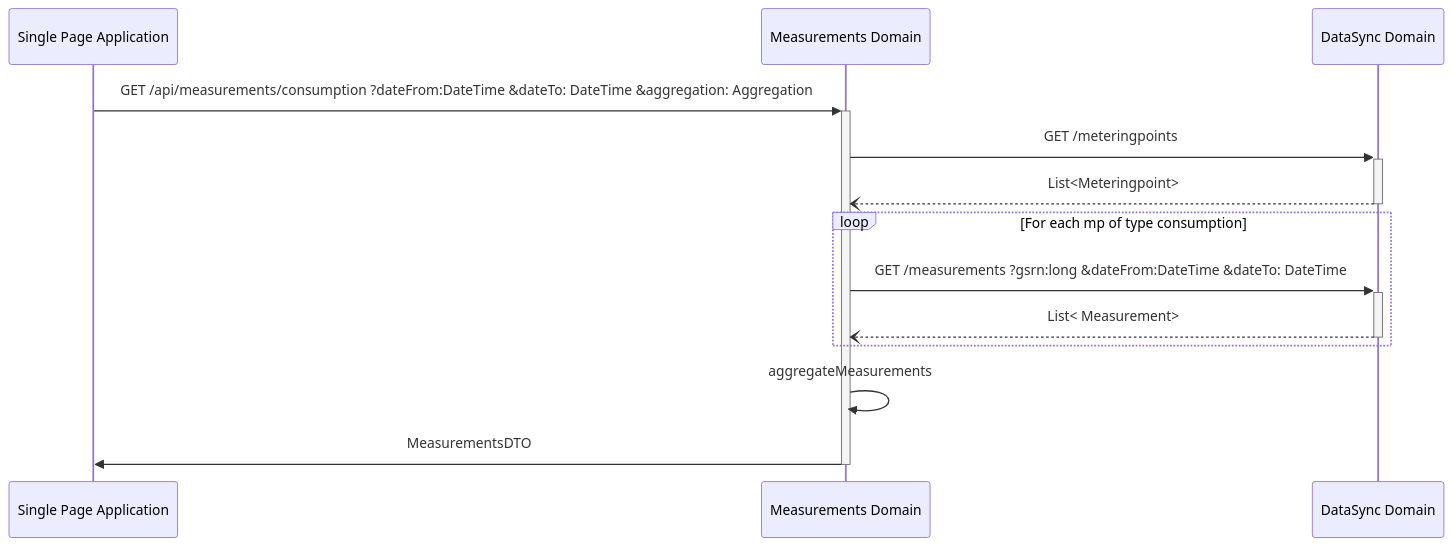
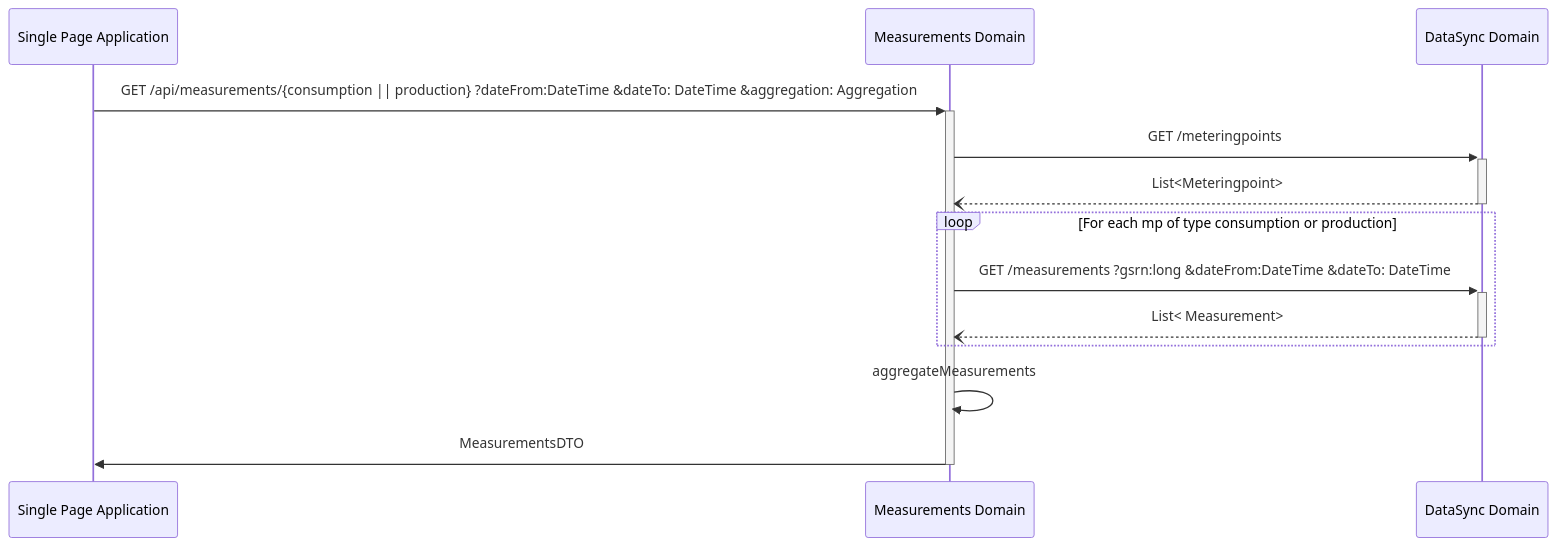
The diagram in doc/api/measurements.md (Energinet-DataHub/energy-origin), drawn with Mermaid before and after one commit. The commit also changed other lines of this file, not shown here.

````diff
--- a/doc/api/measurements.md
+++ b/doc/api/measurements.md
@@ -45,21 +45,21 @@
 ```mermaid
 sequenceDiagram
     participant spa as Single Page Application
     participant em as Measurements Domain
     participant ds as DataSync Domain
 
-    spa->>+ em: GET /api/measurements/consumption  ?dateFrom:DateTime  &dateTo: DateTime &aggregation: Aggregation
+    spa->>+ em: GET /api/measurements/{consumption || production}  ?dateFrom:DateTime  &dateTo: DateTime &aggregation: Aggregation
     
     em->>+ ds: GET /meteringpoints
     ds--)- em: List<Meteringpoint>
     
-    loop For each mp of type consumption
+    loop For each mp of type consumption or production
       em ->>+ ds: GET /measurements ?gsrn:long &dateFrom:DateTime &dateTo: DateTime
         
       ds --)- em: List< Measurement>
     end
     em->> em: aggregateMeasurements
 
     em->>- spa: MeasurementsDTO
 
 ```
````
